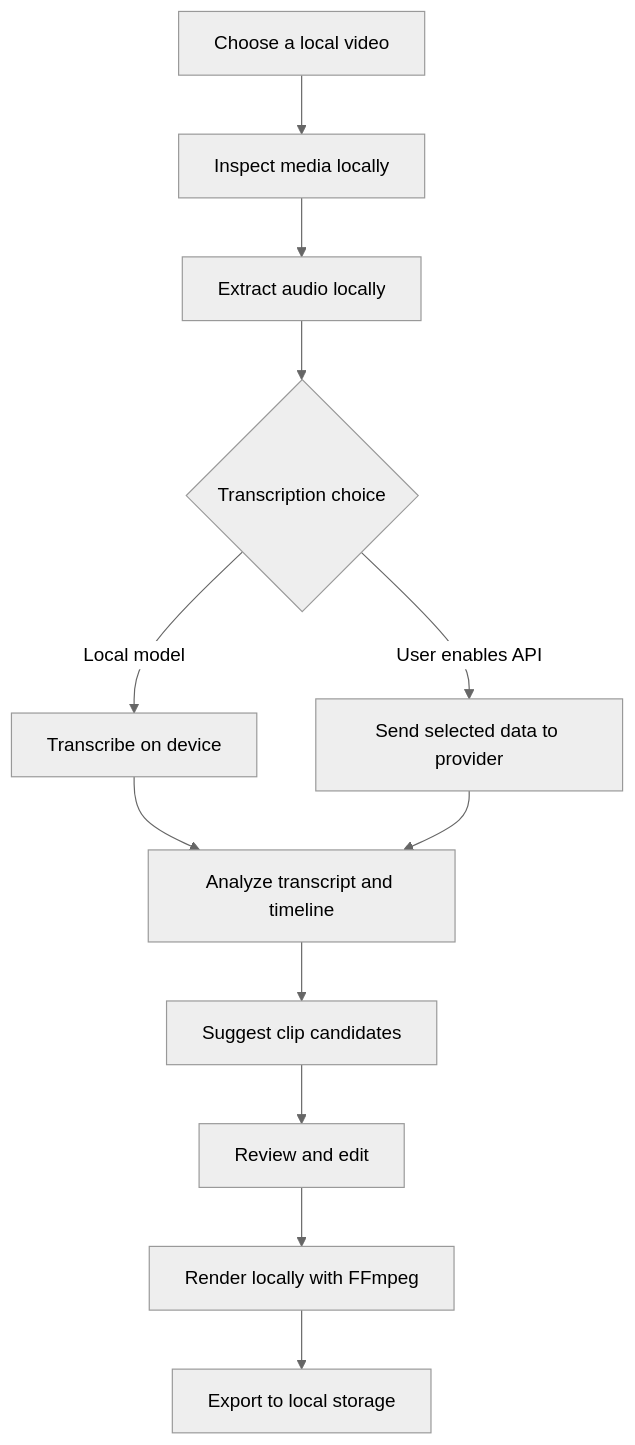
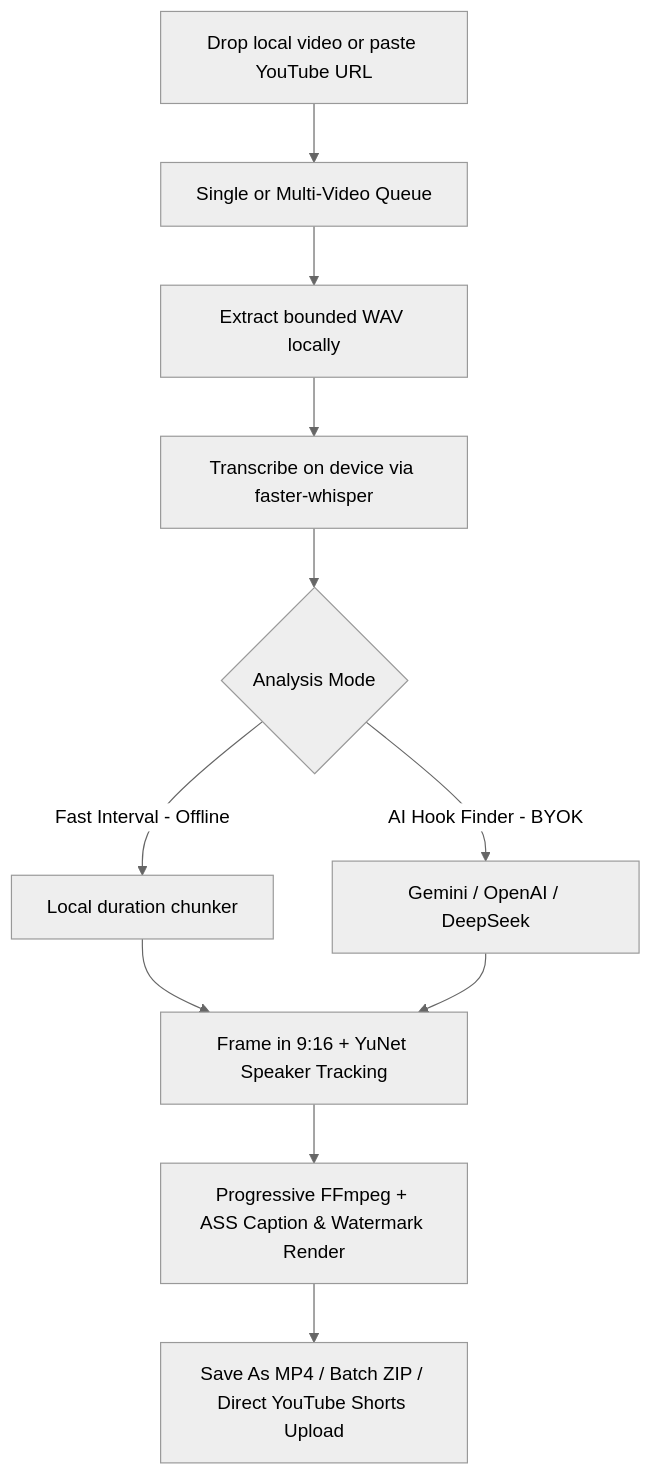
One commit to abdullohtariq/ClipRobin changed the second of 2 diagrams in README.md. Above: the diagram before and after it, drawn with Mermaid (neutral theme). The commit also changed other lines of this file and 60 other files, not shown here.

````diff
--- a/README.md
+++ b/README.md
@@ -45,14 +42,13 @@
 ```mermaid
 flowchart TD
-	Start[Choose a local video] --> Inspect[Inspect media locally]
-	Inspect --> Audio[Extract audio locally]
-	Audio --> Choice{Transcription choice}
-	Choice -->|Local model| Local[Transcribe on device]
-	Choice -->|User enables API| Remote[Send selected data to provider]
-	Local --> Analyze[Analyze transcript and timeline]
-	Remote --> Analyze
-	Analyze --> Candidates[Suggest clip candidates]
-	Candidates --> Review[Review and edit]
-	Review --> Render[Render locally with FFmpeg]
-	Render --> Export[Export to local storage]
+	Start[Drop local video or paste YouTube URL] --> Queue[Single or Multi-Video Queue]
+	Queue --> Audio[Extract bounded WAV locally]
+	Audio --> Transcribe[Transcribe on device via faster-whisper]
+	Transcribe --> Choice{Analysis Mode}
+	Choice -->|Fast Interval - Offline| Mock[Local duration chunker]
+	Choice -->|AI Hook Finder - BYOK| Remote[Gemini / OpenAI / DeepSeek]
+	Mock --> Frame[Frame in 9:16 + YuNet Speaker Tracking]
+	Remote --> Frame
+	Frame --> Render[Progressive FFmpeg + ASS Caption & Watermark Render]
+	Render --> Export[Save As MP4 / Batch ZIP / Direct YouTube Shorts Upload]
 ```
````
